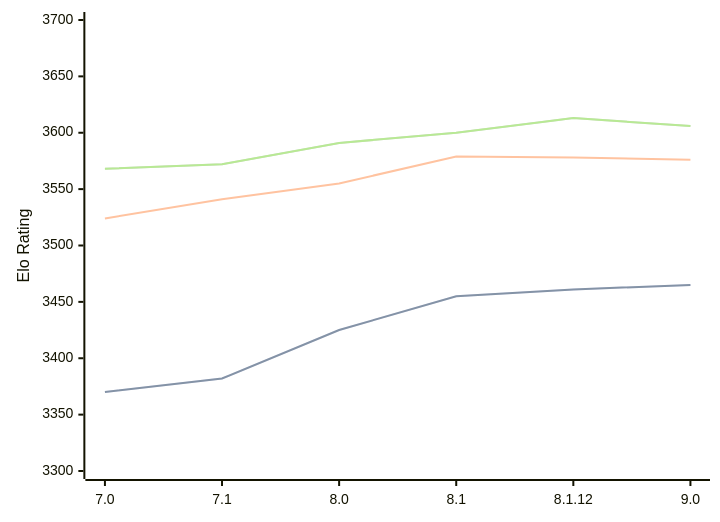
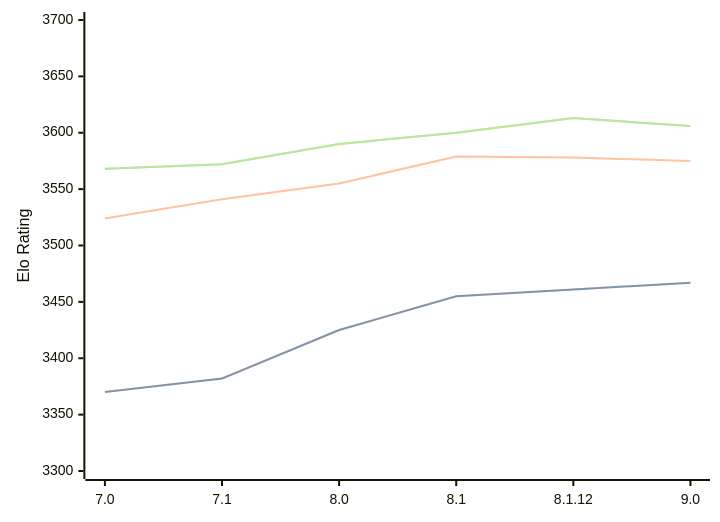
Before and after one commit to computer-chess-index/cci: the diagram in engines/Alexandria.md, drawn with Mermaid. The commit also changed other lines of this file, not shown here.

Commit message:
Update CCI Ratings (ELO VLTC) - 2026-03-18

````diff
--- a/engines/Alexandria.md
+++ b/engines/Alexandria.md
@@ -53,11 +53,11 @@
 ```mermaid
 %%{init: {"theme":"base","themeVariables":{"seriesColors:['#a3a3a3','#222221','#faa371']}}}%%
 xychart-beta
   x-axis ["7.0", "7.1", "8.0", "8.1", "8.1.12", "9.0"]
   y-axis "Elo Rating" 3300 --> 3700
-  line "STC (8.0+0.08s)" [3370, 3382, 3425, 3455, 3461, 3465]
-  line "STC (8.0+0.08s)" [3370, 3382, 3425, 3455, 3461, 3465]
-  line "LTC (60.0+0.60s)" [3524, 3541, 3555, 3579, 3578, 3576]
-  line "VLTC (2m24s+1.12s)" [3568, 3572, 3591, 3600, 3613, 3606]
-  line "VLTC (2m24s+1.12s)" [3568, 3572, 3591, 3600, 3613, 3606]
+  line "STC (8.0+0.08s)" [3370, 3382, 3425, 3455, 3461, 3467]
+  line "STC (8.0+0.08s)" [3370, 3382, 3425, 3455, 3461, 3467]
+  line "LTC (60.0+0.60s)" [3524, 3541, 3555, 3579, 3578, 3575]
+  line "VLTC (2m24s+1.12s)" [3568, 3572, 3590, 3600, 3613, 3606]
+  line "VLTC (2m24s+1.12s)" [3568, 3572, 3590, 3600, 3613, 3606]
 ```
````
